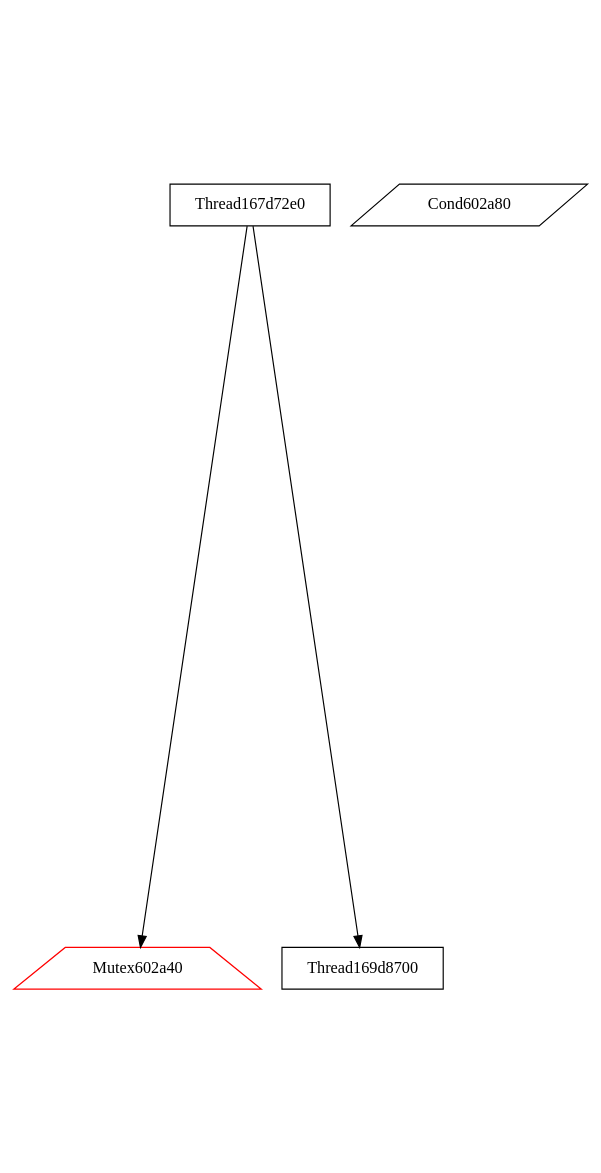
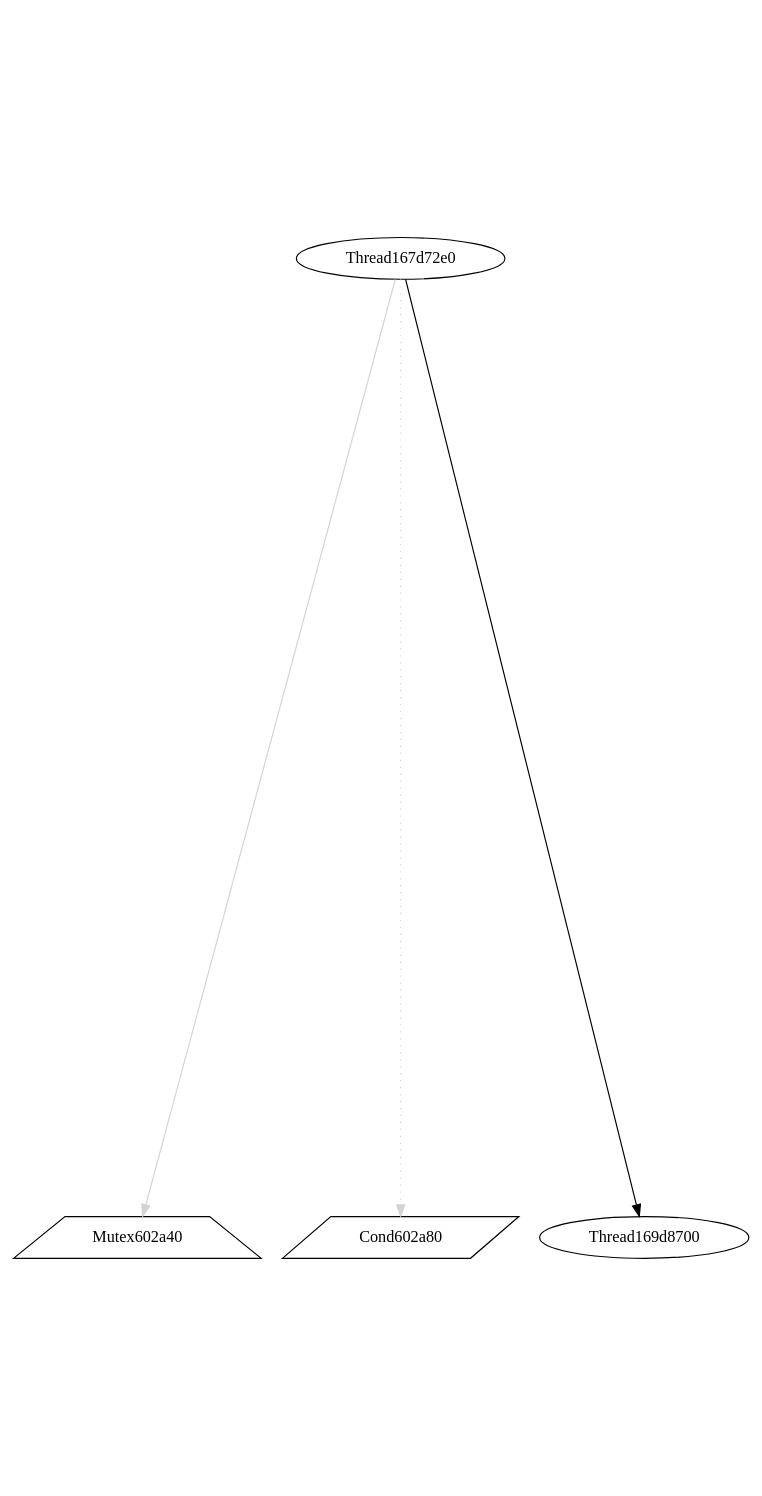
The diagram in view/dot/graph008.dot (v4o6/cs410), drawn with Graphviz before and after one commit. The commit also changed 286 other files, not shown here.

```diff
--- a/view/dot/graph008.dot
+++ b/view/dot/graph008.dot
@@ -1,9 +1,10 @@
 digraph G {
 graph[center=true, ratio=2];
-Mutex602a40 [shape=trapezium,color=red];
+Mutex602a40 [shape=trapezium,color=black];
 Cond602a80 [shape=parallelogram,color=black];
-Thread169d8700 [shape=box,color=black];
-Thread167d72e0 [shape=box,color=black];
-Thread167d72e0 -> Mutex602a40 [arrowhead=normal,color=black];
+Thread169d8700 [color=black];
+Thread167d72e0 [color=black];
+Thread167d72e0 -> Mutex602a40 [arrowhead=normal,color=lightgray];
+Thread167d72e0 -> Cond602a80 [style=dotted,color=lightgray];
 Thread167d72e0 -> Thread169d8700 [arrowhead=normal];
 }
```
